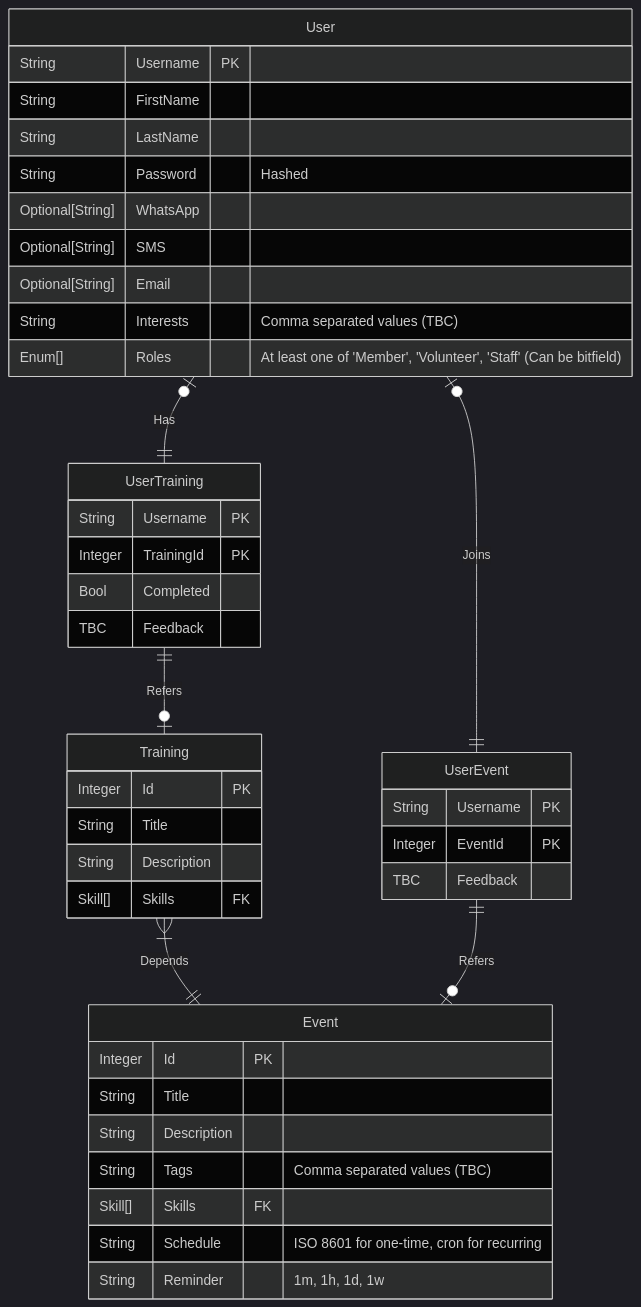
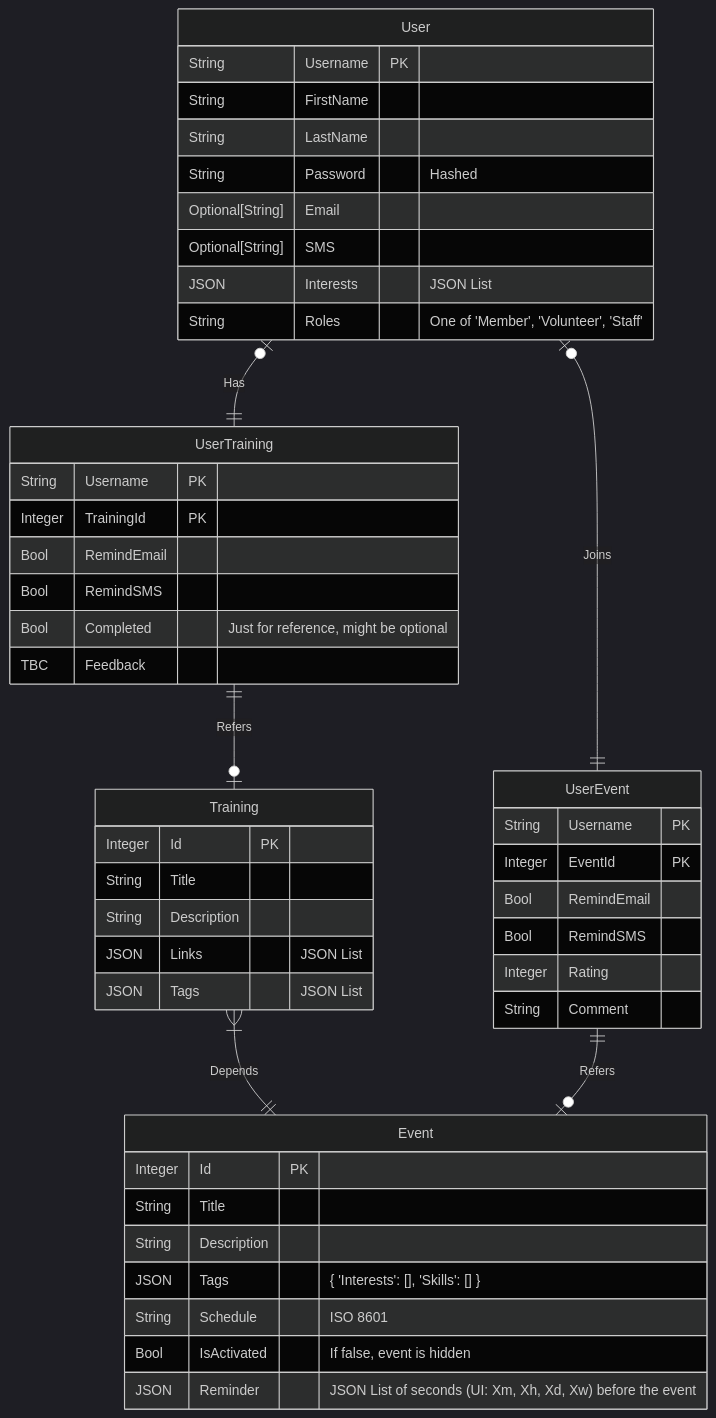
One commit to Code-To-Give-Team14/code-to-give changed the diagram in server/README.md. Above: the diagram before and after it, drawn with Mermaid (dark theme). The commit also changed 3 other files, not shown here.

````diff
--- a/server/README.md
+++ b/server/README.md
@@ -7,50 +7,55 @@
 ```mermaid
 erDiagram
     User {
         String Username PK
         String FirstName
         String LastName
         String Password "Hashed"
-        Optional[String] WhatsApp
+        Optional[String] Email
         Optional[String] SMS
-        Optional[String] Email
-        String Interests "Comma separated values (TBC)"
-        Enum[] Roles "At least one of 'Member', 'Volunteer', 'Staff' (Can be bitfield)"
+        JSON Interests "JSON List"
+        String Roles "One of 'Member', 'Volunteer', 'Staff'"
     }
 
     UserTraining {
         String Username PK
         Integer TrainingId PK
-        Bool Completed
+        Bool RemindEmail
+        Bool RemindSMS
+        Bool Completed "Just for reference, might be optional"
         TBC Feedback
     }
 
     Training {
         Integer Id PK
         String Title
         String Description
-        Skill[] Skills FK
+        JSON Links "JSON List"
+        JSON Tags "JSON List"
     }
 
     UserEvent {
         String Username PK
         Integer EventId PK
-        TBC Feedback
+        Bool RemindEmail
+        Bool RemindSMS
+        Integer Rating
+        String Comment
     }
 
     Event {
         Integer Id PK
         String Title
         String Description
-        String Tags "Comma separated values (TBC)"
-        Skill[] Skills FK
-        String Schedule "ISO 8601 for one-time, cron for recurring"
-        String Reminder "1m, 1h, 1d, 1w"
+        JSON Tags "{ 'Interests': [], 'Skills': [] }"
+        String Schedule "ISO 8601"
+        Bool IsActivated "If false, event is hidden"
+        JSON Reminder "JSON List of seconds (UI: Xm, Xh, Xd, Xw) before the event"
     }
 
     User |o--|| UserTraining: Has
     UserTraining ||--o| Training: Refers
     Training }|--|| Event: Depends
     User |o--|| UserEvent: Joins
     UserEvent ||--o| Event: Refers
 ```
````
